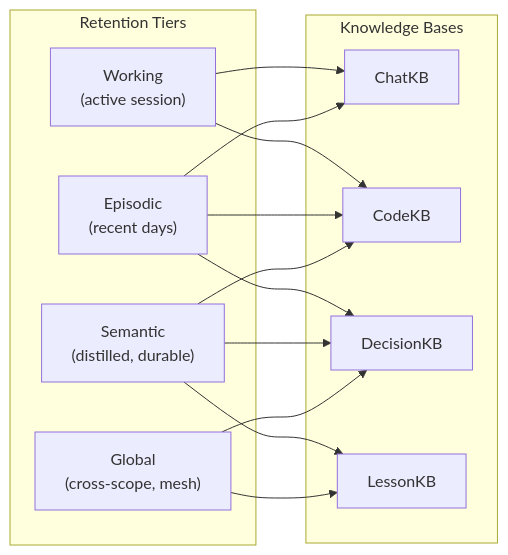
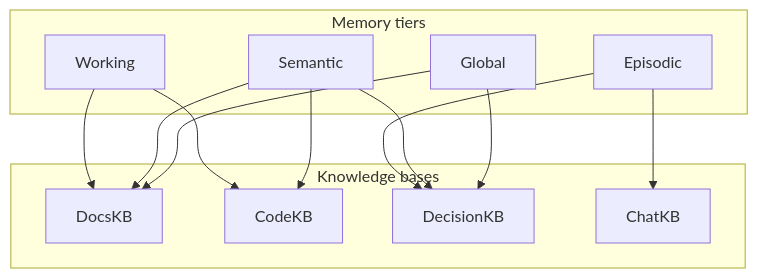
One commit to milosaysyolo/Orqenix changed the ninth of 24 diagrams in README.md. Above: the diagram before and after it, drawn with Mermaid. The commit also changed other lines of this file, not shown here.

````diff
--- a/README.md
+++ b/README.md
@@ -369,25 +406,26 @@
 ```mermaid
-flowchart LR
-    subgraph Tiers["Retention Tiers"]
-        W["Working<br/>(active session)"]
-        E["Episodic<br/>(recent days)"]
-        S["Semantic<br/>(distilled, durable)"]
-        G["Global<br/>(cross-scope, mesh)"]
-    end
-    subgraph KBs["Knowledge Bases"]
-        Chat["ChatKB"]
-        Code["CodeKB"]
-        Decision["DecisionKB"]
-        Lesson["LessonKB"]
-    end
-    W --> Chat
-    W --> Code
-    E --> Chat
-    E --> Code
-    E --> Decision
-    S --> Decision
-    S --> Lesson
-    S --> Code
-    G --> Lesson
-    G --> Decision
+flowchart TB
+  subgraph Tiers[Memory tiers]
+    W[Working]
+    E[Episodic]
+    S[Semantic]
+    G[Global]
+  end
+
+  subgraph KBs[Knowledge bases]
+    D[DocsKB]
+    C[CodeKB]
+    R[DecisionKB]
+    H[ChatKB]
+  end
+
+  W --> D
+  W --> C
+  E --> H
+  E --> R
+  S --> D
+  S --> C
+  S --> R
+  G --> D
+  G --> R
 ```
````
